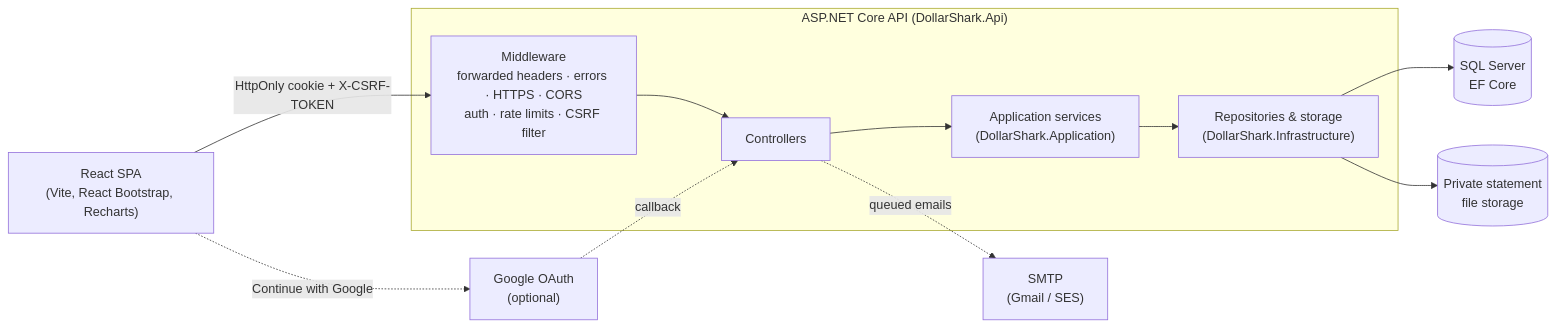
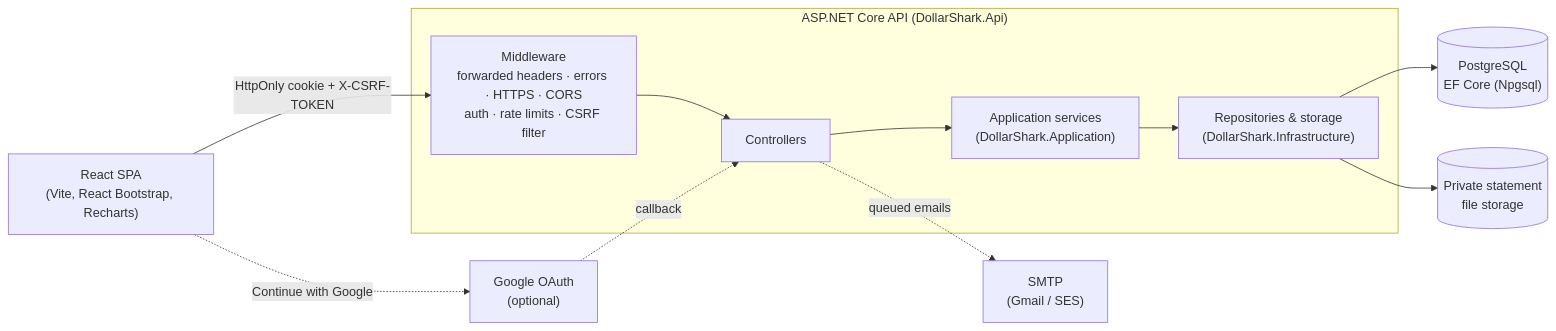
The first of 3 diagrams in docs/architecture.md (Daxil44/DollarShark), drawn with Mermaid before and after one commit. The commit also changed other lines of this file and 33 other files, not shown here.

Commit message:
Migrate to PostgreSQL

````diff
--- a/docs/architecture.md
+++ b/docs/architecture.md
@@ -7,20 +7,20 @@
 ```mermaid
 flowchart LR
     Browser["React SPA<br/>(Vite, React Bootstrap, Recharts)"]
     subgraph API["ASP.NET Core API (DollarShark.Api)"]
         MW["Middleware<br/>forwarded headers · errors · HTTPS · CORS<br/>auth · rate limits · CSRF filter"]
         C["Controllers"]
         S["Application services<br/>(DollarShark.Application)"]
         R["Repositories & storage<br/>(DollarShark.Infrastructure)"]
     end
-    DB[("SQL Server<br/>EF Core")]
+    DB[("PostgreSQL<br/>EF Core (Npgsql)")]
     Files[("Private statement<br/>file storage")]
     Mail["SMTP<br/>(Gmail / SES)"]
     Google["Google OAuth<br/>(optional)"]
 
     Browser -- "HttpOnly cookie + X-CSRF-TOKEN" --> MW --> C --> S --> R
     R --> DB
     R --> Files
     C -. queued emails .-> Mail
     Browser -. "Continue with Google" .-> Google -. callback .-> C
 ```
````
